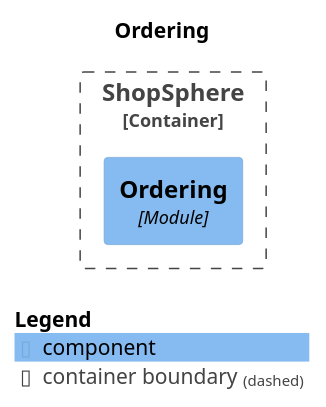
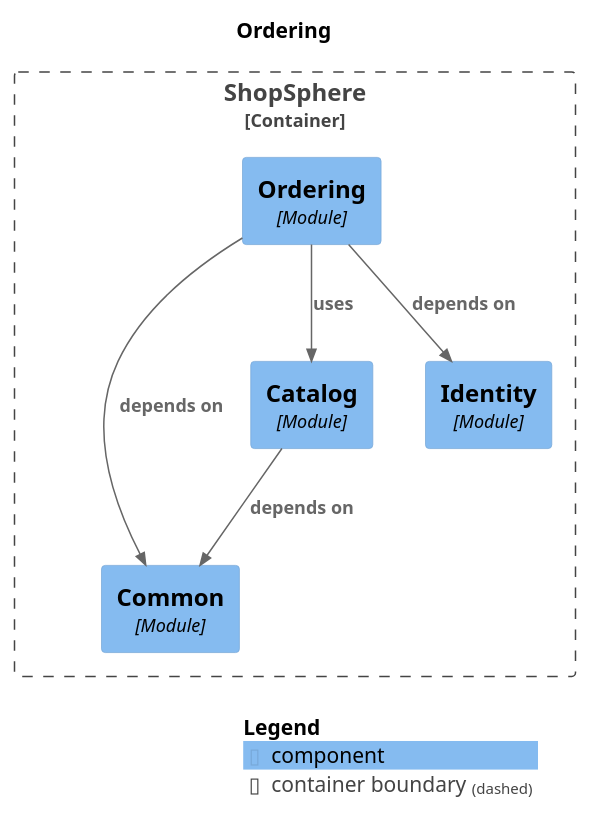
The diagram in docs/modulith/module-ordering.puml (Poojithvsc/shopsphere), drawn with PlantUML before and after one commit. The commit also changed 23 other files, not shown here.

```diff
--- a/docs/modulith/module-ordering.puml
+++ b/docs/modulith/module-ordering.puml
@@ -1,17 +1,24 @@
 @startuml
 set separator none
 title Ordering
 
 top to bottom direction
 
 !include <C4/C4>
 !include <C4/C4_Context>
 !include <C4/C4_Component>
 
 Container_Boundary("ShopSphere.ShopSphere_boundary", "ShopSphere", $tags="") {
+  Component(ShopSphere.ShopSphere.Common, "Common", $techn="Module", $descr="", $tags="", $link="")
+  Component(ShopSphere.ShopSphere.Catalog, "Catalog", $techn="Module", $descr="", $tags="", $link="")
+  Component(ShopSphere.ShopSphere.Identity, "Identity", $techn="Module", $descr="", $tags="", $link="")
   Component(ShopSphere.ShopSphere.Ordering, "Ordering", $techn="Module", $descr="", $tags="", $link="")
 }
 
+Rel(ShopSphere.ShopSphere.Ordering, ShopSphere.ShopSphere.Common, "depends on", $techn="", $tags="", $link="")
+Rel(ShopSphere.ShopSphere.Ordering, ShopSphere.ShopSphere.Catalog, "uses", $techn="", $tags="", $link="")
+Rel(ShopSphere.ShopSphere.Catalog, ShopSphere.ShopSphere.Common, "depends on", $techn="", $tags="", $link="")
+Rel(ShopSphere.ShopSphere.Ordering, ShopSphere.ShopSphere.Identity, "depends on", $techn="", $tags="", $link="")
 
 SHOW_LEGEND(true)
 @enduml
```
